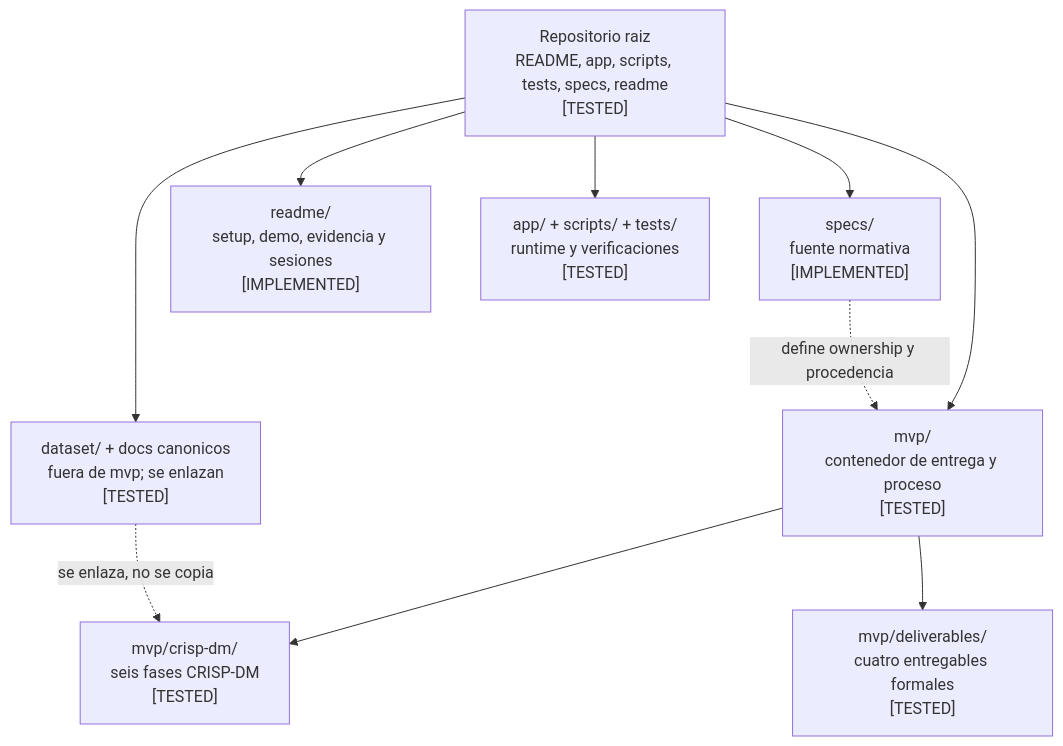
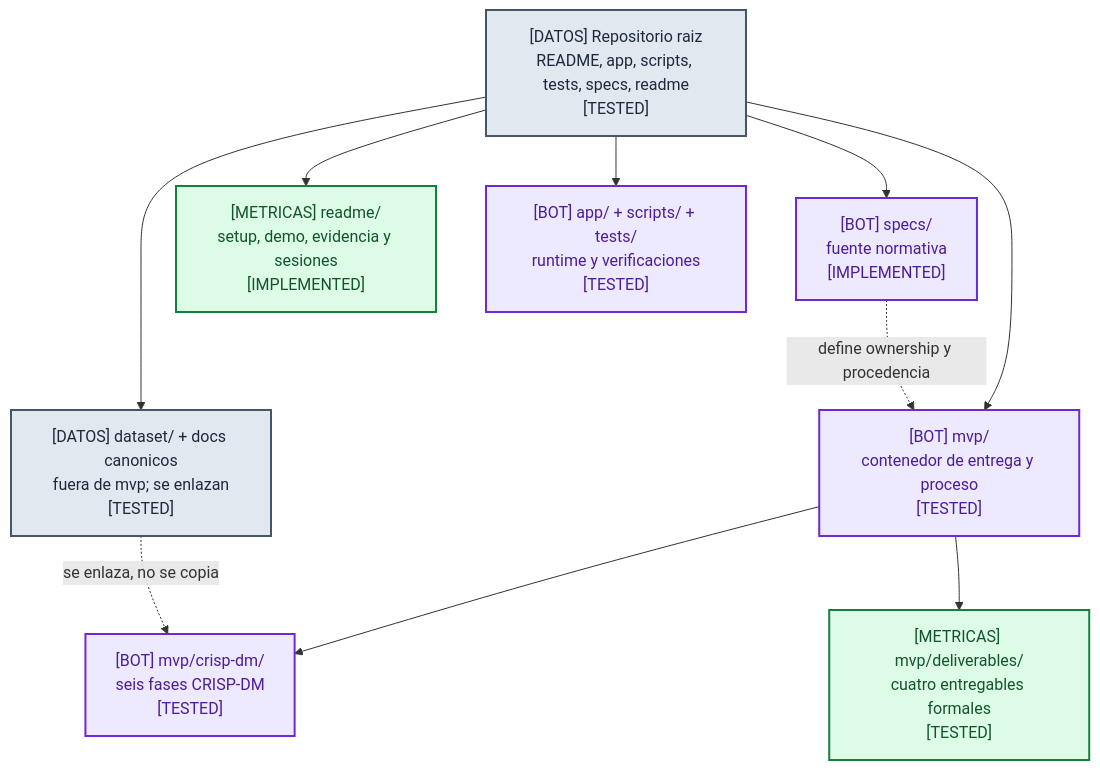
One commit to JhofredCam/TechSphereChallenge changed the first of 8 diagrams in specs/06_system_flow_diagram_specification.md. Above: the diagram before and after it, drawn with Mermaid. The commit also changed other lines of this file and 2 other files, not shown here.

Commit message:
docs(architecture): fix and style Mermaid diagrams

````diff
--- a/specs/06_system_flow_diagram_specification.md
+++ b/specs/06_system_flow_diagram_specification.md
@@ -111,21 +169,25 @@
 ```mermaid
 flowchart TD
-    ROOT["Repositorio raiz<br/>README, app, scripts, tests, specs, readme<br/>[TESTED]"]
-    MVP["mvp/<br/>contenedor de entrega y proceso<br/>[TESTED]"]
-    CRISP["mvp/crisp-dm/<br/>seis fases CRISP-DM<br/>[TESTED]"]
-    DELIV["mvp/deliverables/<br/>cuatro entregables formales<br/>[TESTED]"]
-    SPEC["specs/<br/>fuente normativa<br/>[IMPLEMENTED]"]
-    OPS["readme/<br/>setup, demo, evidencia y sesiones<br/>[IMPLEMENTED]"]
-    CODE["app/ + scripts/ + tests/<br/>runtime y verificaciones<br/>[TESTED]"]
-    CANON["dataset/ + docs canonicos<br/>fuera de mvp; se enlazan<br/>[TESTED]"]
+    ROOT["[DATOS] Repositorio raiz<br/>README, app, scripts, tests, specs, readme<br/>[TESTED]"]:::data
+    MVP["[BOT] mvp/<br/>contenedor de entrega y proceso<br/>[TESTED]"]:::bot
+    CRISP["[BOT] mvp/crisp-dm/<br/>seis fases CRISP-DM<br/>[TESTED]"]:::bot
+    DELIV["[METRICAS] mvp/deliverables/<br/>cuatro entregables formales<br/>[TESTED]"]:::metrics
+    SPEC["[BOT] specs/<br/>fuente normativa<br/>[IMPLEMENTED]"]:::bot
+    OPS["[METRICAS] readme/<br/>setup, demo, evidencia y sesiones<br/>[IMPLEMENTED]"]:::metrics
+    CODE["[BOT] app/ + scripts/ + tests/<br/>runtime y verificaciones<br/>[TESTED]"]:::bot
+    CANON["[DATOS] dataset/ + docs canonicos<br/>fuera de mvp; se enlazan<br/>[TESTED]"]:::data
 
     ROOT --> MVP
     MVP --> CRISP
     MVP --> DELIV
     ROOT --> SPEC
     ROOT --> OPS
     ROOT --> CODE
     ROOT --> CANON
     SPEC -.->|"define ownership y procedencia"| MVP
     CANON -.->|"se enlaza, no se copia"| CRISP
+
+    classDef bot fill:#EDE9FE,stroke:#6D28D9,color:#4C1D95,stroke-width:2px;
+    classDef data fill:#E2E8F0,stroke:#475569,color:#1E293B,stroke-width:2px;
+    classDef metrics fill:#DCFCE7,stroke:#15803D,color:#14532D,stroke-width:2px;
 ```
````
